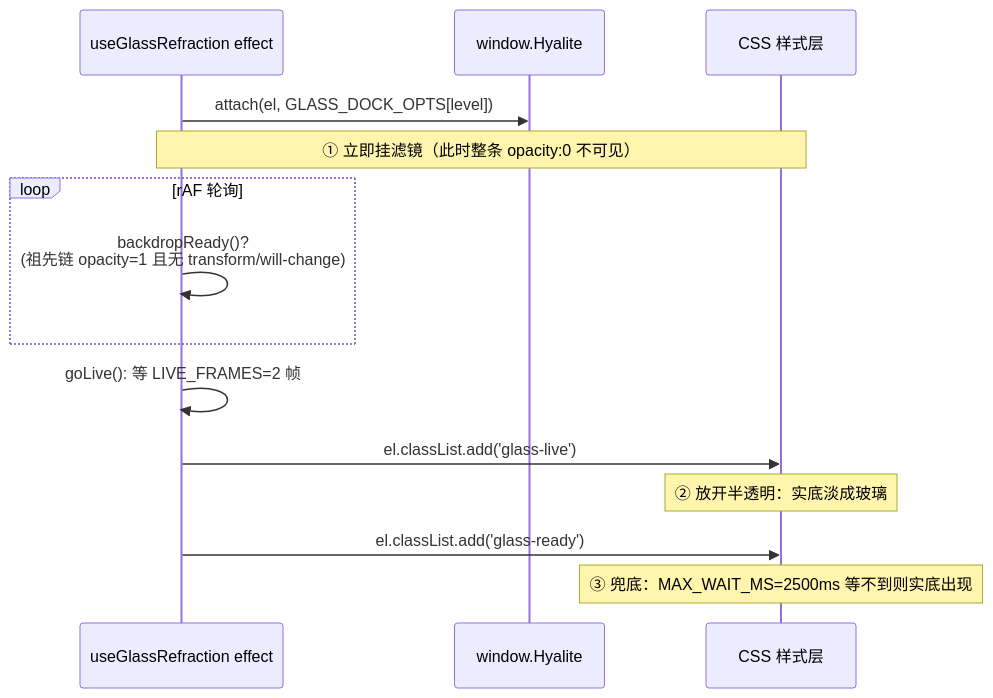
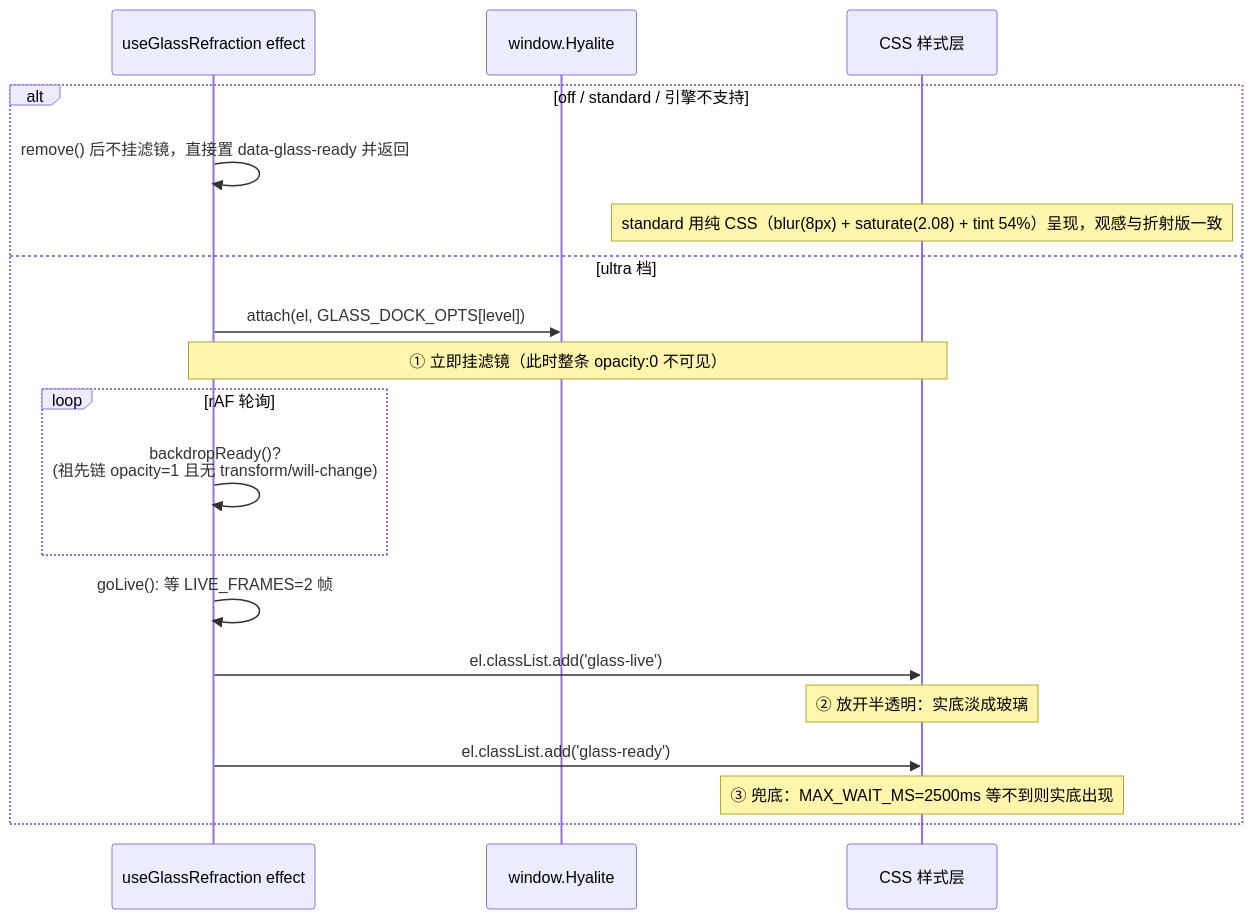
The third of 5 diagrams in .codewiki/modules/desktop-frontend-utilities-libraries.md (ikliml666/Wxxy-CampusLogin), drawn with Mermaid before and after one commit. The commit also changed other lines of this file and 3 other files, not shown here.

````diff
--- a/.codewiki/modules/desktop-frontend-utilities-libraries.md
+++ b/.codewiki/modules/desktop-frontend-utilities-libraries.md
@@ -276,17 +276,22 @@
 ```mermaid
 sequenceDiagram
     participant Effect as useGlassRefraction effect
     participant Hyalite as window.Hyalite
     participant CSS as CSS 样式层
 
-    Effect->>Hyalite: attach(el, GLASS_DOCK_OPTS[level])
-    Note over Effect,CSS: ① 立即挂滤镜（此时整条 opacity:0 不可见）
-    loop rAF 轮询
-        Effect->>Effect: backdropReady()?<br/>(祖先链 opacity=1 且无 transform/will-change)
+    alt off / standard / 引擎不支持
+        Effect->>Effect: remove() 后不挂滤镜，直接置 data-glass-ready 并返回
+        Note over CSS: standard 用纯 CSS（blur(8px) + saturate(2.08) + tint 54%）呈现，观感与折射版一致
+    else ultra 档
+        Effect->>Hyalite: attach(el, GLASS_DOCK_OPTS[level])
+        Note over Effect,CSS: ① 立即挂滤镜（此时整条 opacity:0 不可见）
+        loop rAF 轮询
+            Effect->>Effect: backdropReady()?<br/>(祖先链 opacity=1 且无 transform/will-change)
+        end
+        Effect->>Effect: goLive(): 等 LIVE_FRAMES=2 帧
+        Effect->>CSS: el.classList.add('glass-live')
+        Note over CSS: ② 放开半透明：实底淡成玻璃
+        Effect->>CSS: el.classList.add('glass-ready')
+        Note over CSS: ③ 兜底：MAX_WAIT_MS=2500ms 等不到则实底出现
     end
-    Effect->>Effect: goLive(): 等 LIVE_FRAMES=2 帧
-    Effect->>CSS: el.classList.add('glass-live')
-    Note over CSS: ② 放开半透明：实底淡成玻璃
-    Effect->>CSS: el.classList.add('glass-ready')
-    Note over CSS: ③ 兜底：MAX_WAIT_MS=2500ms 等不到则实底出现
 ```
````
